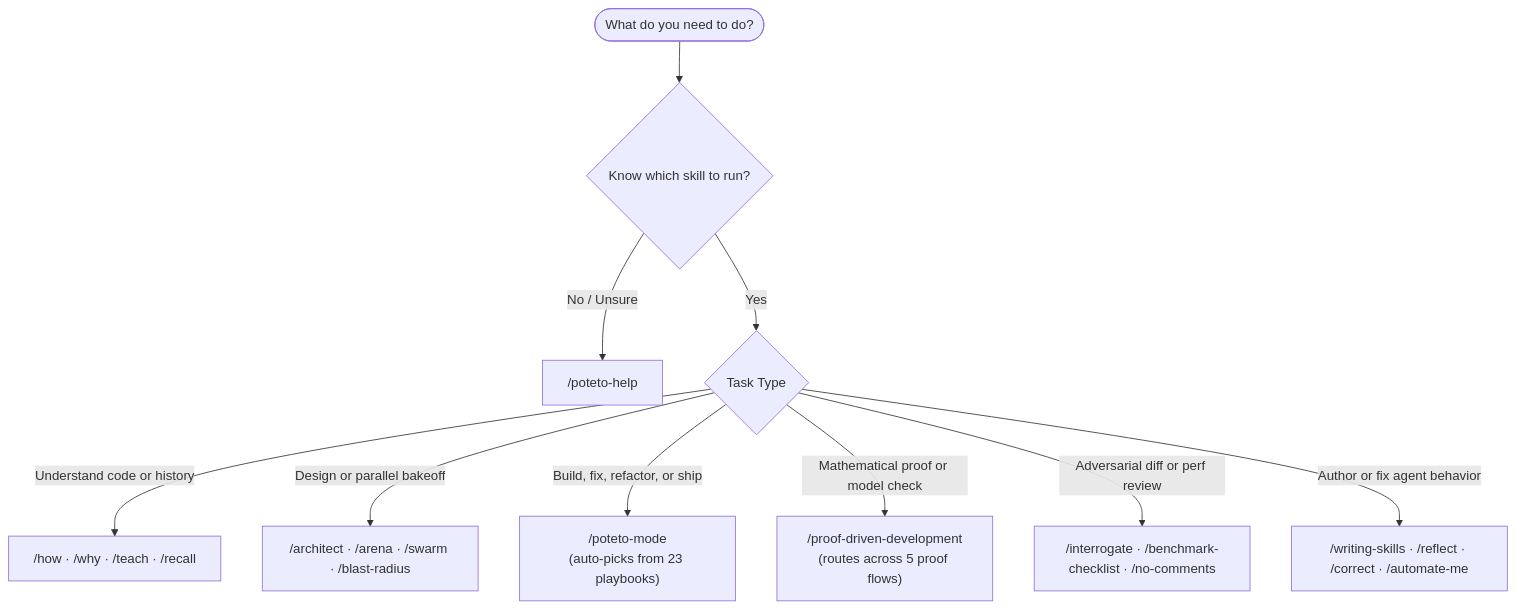
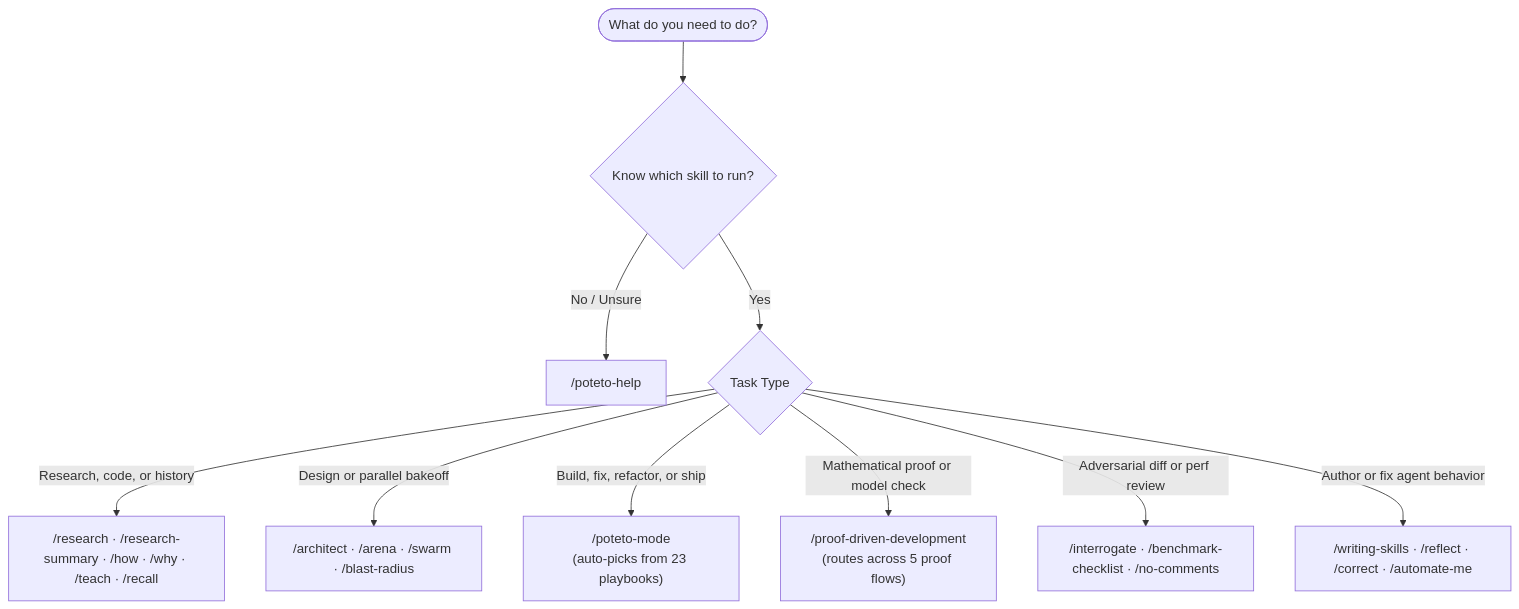
Before and after one commit to PhillipChaffee/.agents: the second of 3 diagrams in README.md, drawn with Mermaid. The commit also changed other lines of this file and 8 other files, not shown here.

Commit message:
feat(skills,rules): add research and research-summary skills and enforce rule/skill harness format

````diff
--- a/README.md
+++ b/README.md
@@ -72,13 +73,13 @@
 ```mermaid
 flowchart TD
     Start(["What do you need to do?"]) --> Q1{"Know which skill to run?"}
     Q1 -->|"No / Unsure"| Help["/poteto-help"]
     Q1 -->|"Yes"| Q2{"Task Type"}
 
-    Q2 -->|"Understand code or history"| Understand["/how · /why · /teach · /recall"]
+    Q2 -->|"Research, code, or history"| Understand["/research · /research-summary · /how · /why · /teach · /recall"]
     Q2 -->|"Design or parallel bakeoff"| Design["/architect · /arena · /swarm · /blast-radius"]
     Q2 -->|"Build, fix, refactor, or ship"| Execute["/poteto-mode<br/>(auto-picks from 23 playbooks)"]
     Q2 -->|"Mathematical proof or model check"| Prove["/proof-driven-development<br/>(routes across 5 proof flows)"]
     Q2 -->|"Adversarial diff or perf review"| Review["/interrogate · /benchmark-checklist · /no-comments"]
     Q2 -->|"Author or fix agent behavior"| Meta["/writing-skills · /reflect · /correct · /automate-me"]
 ```
````
